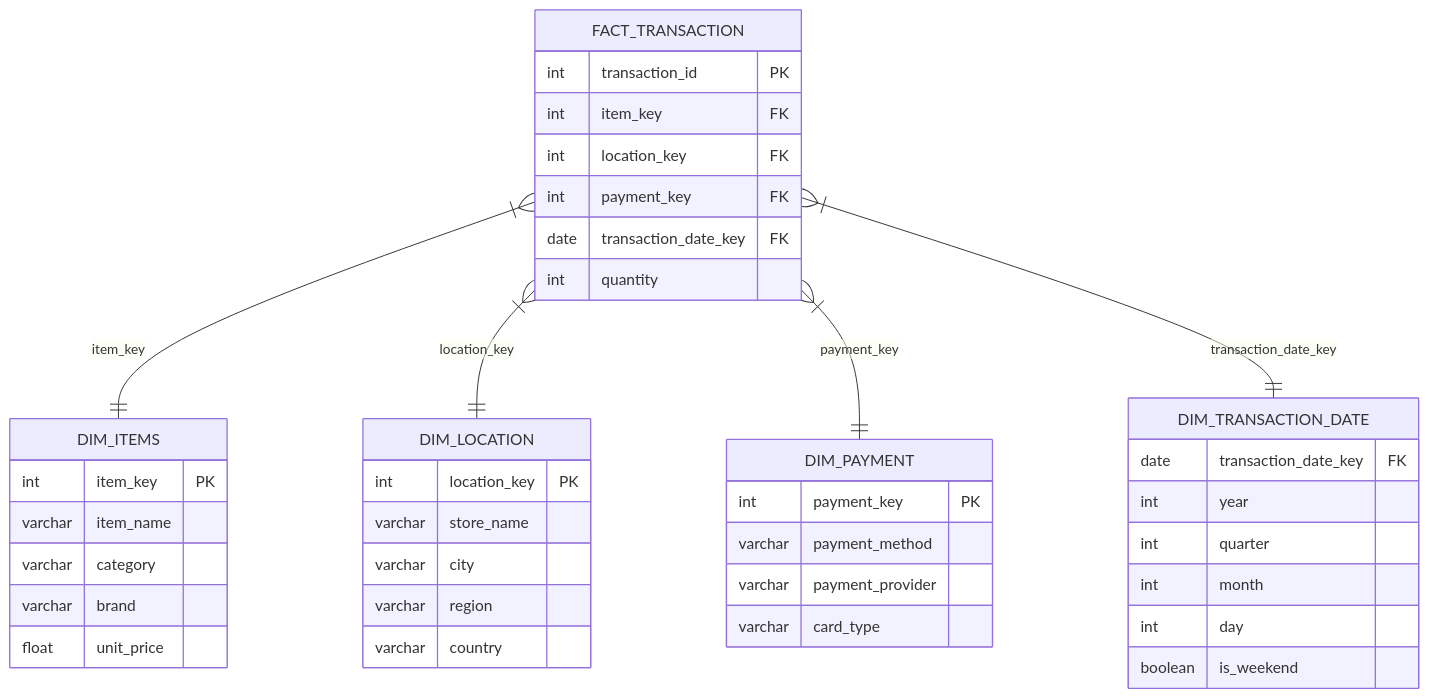
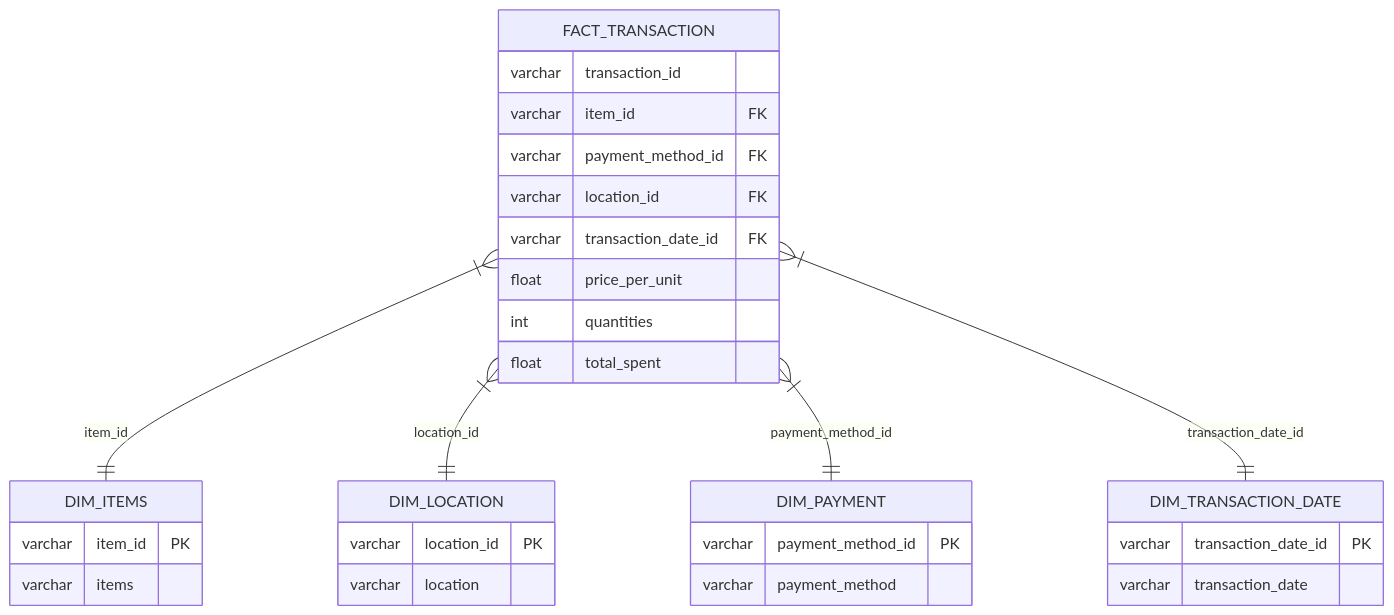
One commit to BagrinDan/Snowflake_Dbt_ELT changed the diagram in README.md. Above: the diagram before and after it, drawn with Mermaid.

````diff
--- a/README.md
+++ b/README.md
@@ -9,48 +9,38 @@
 ```mermaid
 erDiagram
     FACT_TRANSACTION {
-        int transaction_id PK
-        int item_key FK
-        int location_key FK
-        int payment_key FK
-        date transaction_date_key FK
-        int quantity
+        varchar transaction_id
+        varchar item_id FK
+        varchar payment_method_id FK
+        varchar location_id FK
+        varchar transaction_date_id FK
+        float price_per_unit
+        int quantities
+        float total_spent
     }
 
     DIM_ITEMS {
-        int item_key PK
-        varchar item_name
-        varchar category
-        varchar brand
-        float unit_price
+        varchar item_id PK
+        varchar items
     }
 
     DIM_LOCATION {
-        int location_key PK
-        varchar store_name
-        varchar city
-        varchar region
-        varchar country
+        varchar location_id PK
+        varchar location
     }
 
     DIM_PAYMENT {
-        int payment_key PK
+        varchar payment_method_id PK
         varchar payment_method
-        varchar payment_provider
-        varchar card_type
     }
 
     DIM_TRANSACTION_DATE {
-        date transaction_date_key FK
-        int year
-        int quarter
-        int month
-        int day
-        boolean is_weekend
+        varchar transaction_date_id PK
+        varchar transaction_date
     }
 
-    FACT_TRANSACTION }|--|| DIM_ITEMS : item_key
-    FACT_TRANSACTION }|--|| DIM_LOCATION : location_key
-    FACT_TRANSACTION }|--|| DIM_PAYMENT : payment_key
-    FACT_TRANSACTION }|--|| DIM_TRANSACTION_DATE : transaction_date_key
+    FACT_TRANSACTION }|--|| DIM_ITEMS : item_id
+    FACT_TRANSACTION }|--|| DIM_LOCATION : location_id
+    FACT_TRANSACTION }|--|| DIM_PAYMENT : payment_method_id
+    FACT_TRANSACTION }|--|| DIM_TRANSACTION_DATE : transaction_date_id
 ```
````
